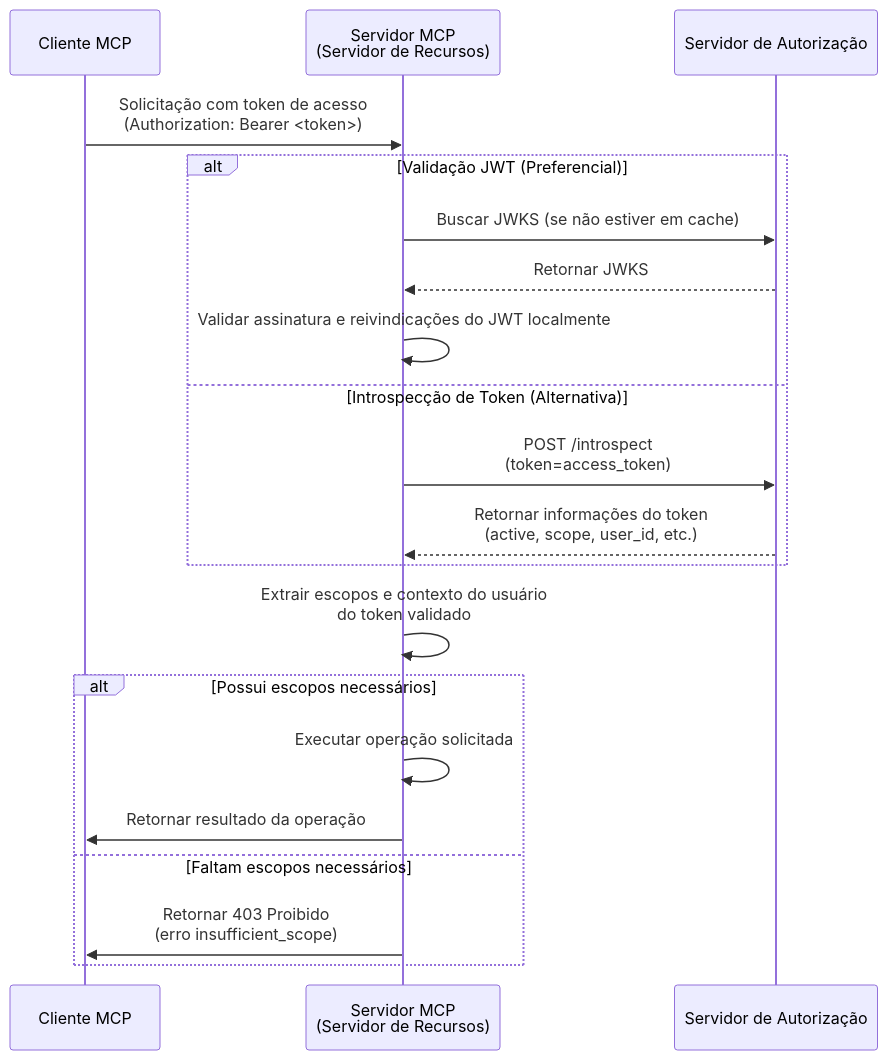
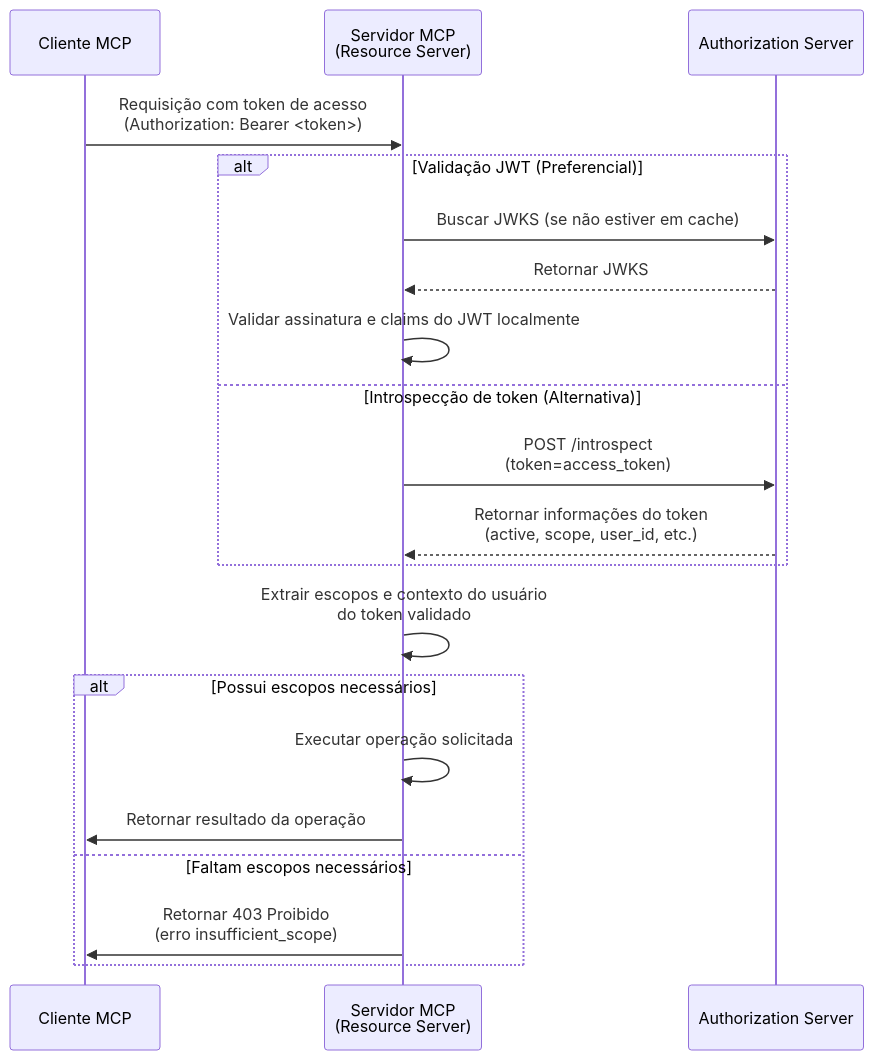
Before and after one commit to mcp-auth/docs: the second of 2 diagrams in i18n/pt-BR/docusaurus-plugin-content-docs/current/tutorials/todo-manager/README.mdx, drawn with Mermaid. The commit also changed other lines of this file and 18 other files, not shown here.

````diff
--- a/i18n/pt-BR/docusaurus-plugin-content-docs/current/tutorials/todo-manager/README.mdx
+++ b/i18n/pt-BR/docusaurus-plugin-content-docs/current/tutorials/todo-manager/README.mdx
@@ -135,26 +137,26 @@
 ```mermaid
 sequenceDiagram
     participant Client as Cliente MCP
-    participant Server as Servidor MCP<br/>(Servidor de Recursos)
-    participant Auth as Servidor de Autorização
+    participant Server as Servidor MCP<br/>(Resource Server)
+    participant Auth as Authorization Server
 
-    Client->>Server: Solicitação com token de acesso<br/>(Authorization: Bearer <token>)
+    Client->>Server: Requisição com token de acesso<br/>(Authorization: Bearer <token>)
 
     alt Validação JWT (Preferencial)
         Server->>Auth: Buscar JWKS (se não estiver em cache)
         Auth-->>Server: Retornar JWKS
-        Server->>Server: Validar assinatura e reivindicações do JWT localmente
-    else Introspecção de Token (Alternativa)
+        Server->>Server: Validar assinatura e claims do JWT localmente
+    else Introspecção de token (Alternativa)
         Server->>Auth: POST /introspect<br/>(token=access_token)
         Auth-->>Server: Retornar informações do token<br/>(active, scope, user_id, etc.)
     end
 
     Server->>Server: Extrair escopos e contexto do usuário<br/>do token validado
 
     alt Possui escopos necessários
         Server->>Server: Executar operação solicitada
         Server->>Client: Retornar resultado da operação
     else Faltam escopos necessários
         Server->>Client: Retornar 403 Proibido<br/>(erro insufficient_scope)
     end
 ```
````
